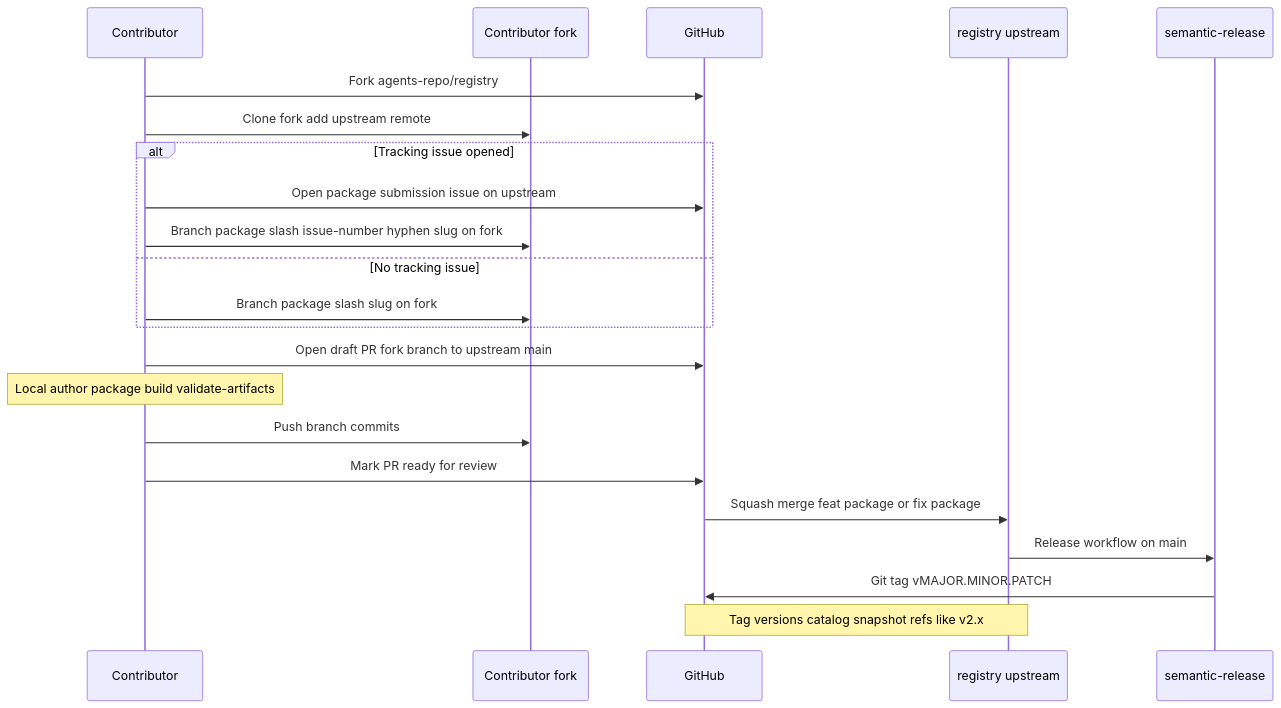
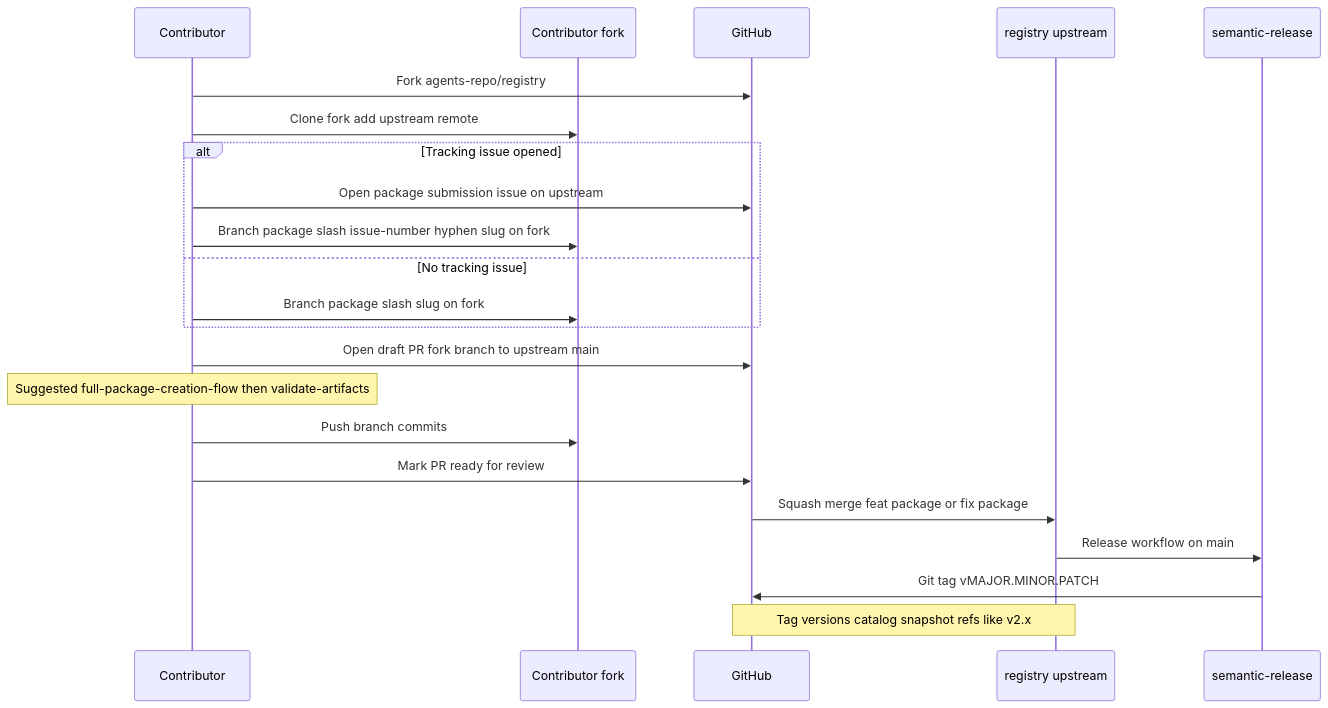
One commit to agents-repo/.github changed the second of 4 diagrams in docs/ecosystem.md. Above: the diagram before and after it, drawn with Mermaid. The commit also changed other lines of this file and 1 other file, not shown here.

First line of the commit message:
docs: suggest agents-repo-package-creation for new registry packages (#69)

````diff
--- a/docs/ecosystem.md
+++ b/docs/ecosystem.md
@@ -84,25 +88,25 @@
 ```mermaid
 sequenceDiagram
   participant C as Contributor
   participant F as Contributor fork
   participant GH as GitHub
   participant R as registry upstream
   participant SR as semantic-release
 
   C->>GH: Fork agents-repo/registry
   C->>F: Clone fork add upstream remote
   alt Tracking issue opened
     C->>GH: Open package submission issue on upstream
     C->>F: Branch package slash issue-number hyphen slug on fork
   else No tracking issue
     C->>F: Branch package slash slug on fork
   end
   C->>GH: Open draft PR fork branch to upstream main
-  Note over C: Local author package build validate-artifacts
+  Note over C: Suggested full-package-creation-flow then validate-artifacts
   C->>F: Push branch commits
   C->>GH: Mark PR ready for review
   GH->>R: Squash merge feat package or fix package
   R->>SR: Release workflow on main
   SR->>GH: Git tag vMAJOR.MINOR.PATCH
   Note over R,GH: Tag versions catalog snapshot refs like v2.x
 ```
````
